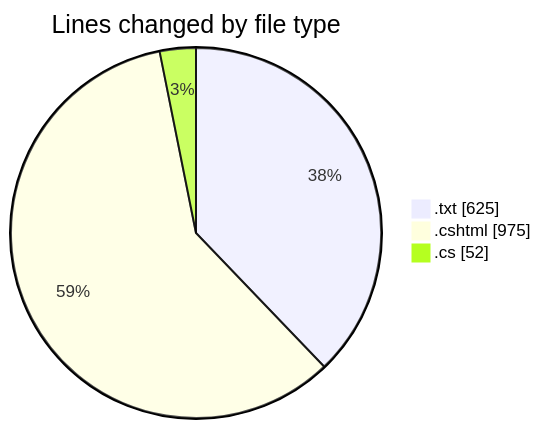
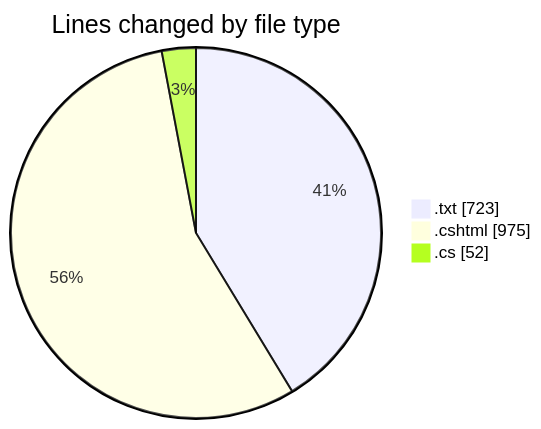
Before and after one commit to lephambinh05/code-tracking: the first of 2 diagrams in 2025-07-25/quanlyrapchieuphim-1/README.md, drawn with Mermaid. The commit also changed other lines of this file and 1 other file, not shown here.

````diff
--- a/2025-07-25/quanlyrapchieuphim-1/README.md
+++ b/2025-07-25/quanlyrapchieuphim-1/README.md
@@ -23,7 +23,7 @@
 ```mermaid
 pie showData
 title Lines changed by file type
-".txt" : 625
+".txt" : 723
 ".cshtml" : 975
 ".cs" : 52
 ```
````
